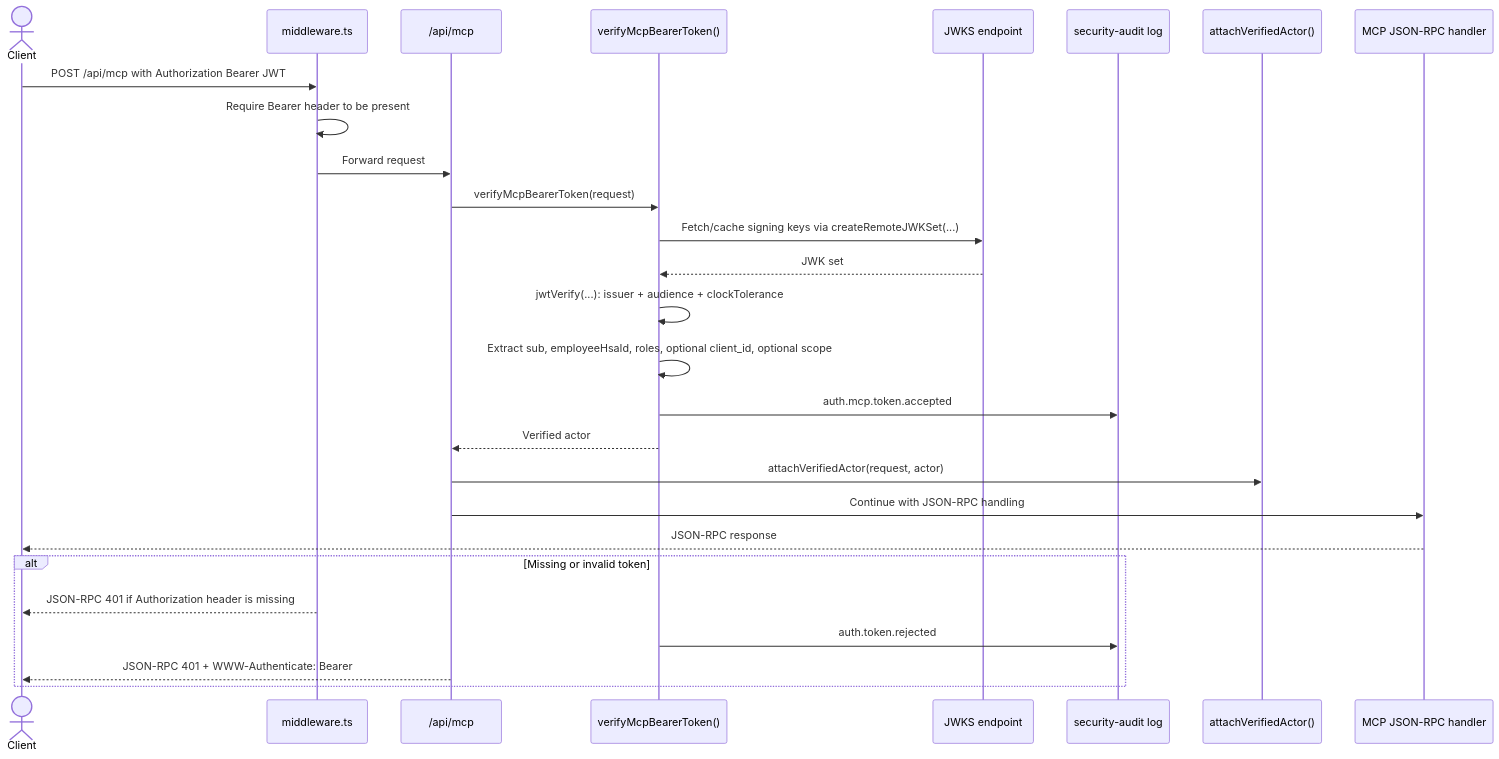
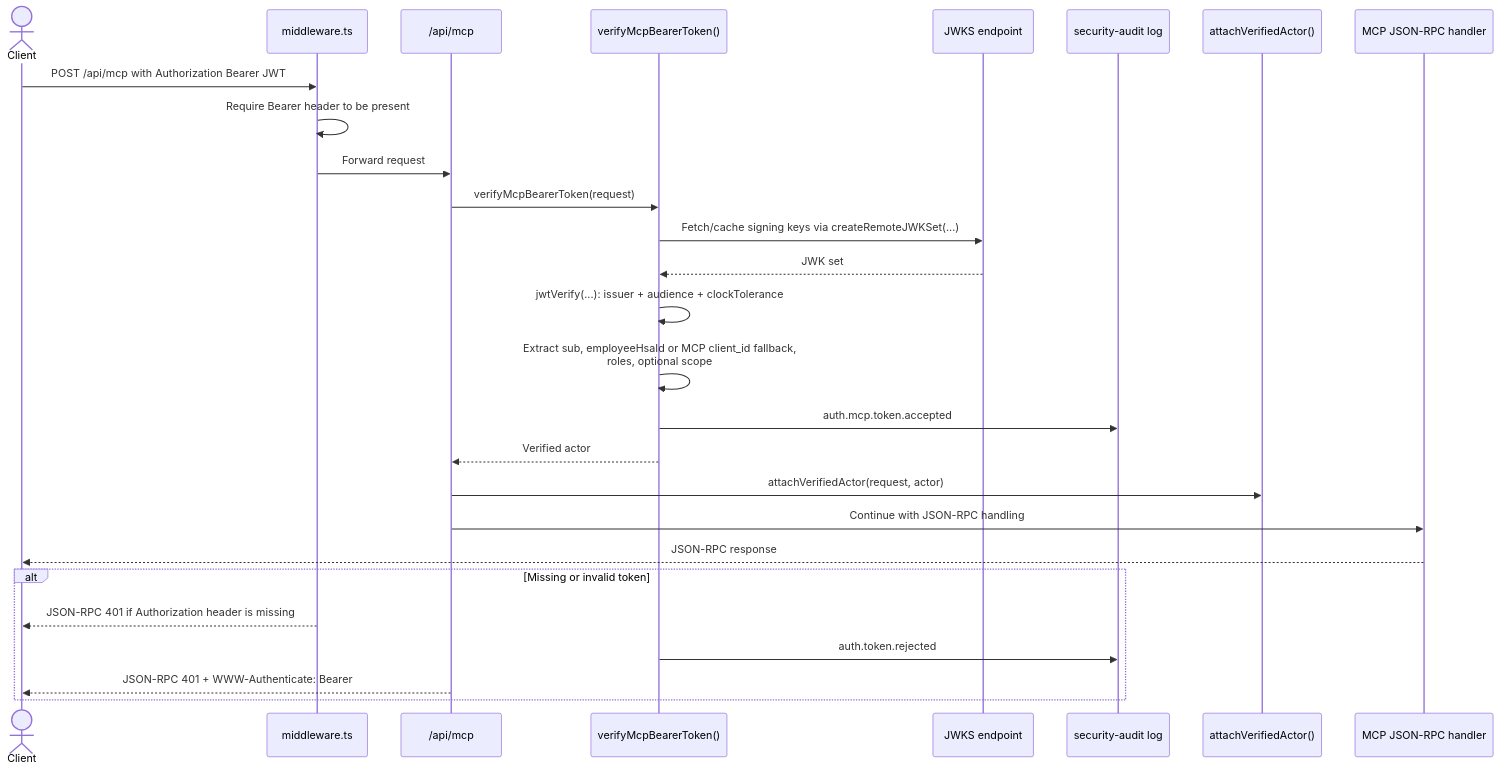
Before and after one commit to viscalyx/Kravhantering: the second of 3 diagrams in docs/auth-how-it-works.md, drawn with Mermaid. The commit also changed other lines of this file and 22 other files, not shown here.

````diff
--- a/docs/auth-how-it-works.md
+++ b/docs/auth-how-it-works.md
@@ -141,31 +141,31 @@
 ```mermaid
 sequenceDiagram
     actor Client
     participant Middleware as middleware.ts
     participant Route as /api/mcp
     participant Verify as verifyMcpBearerToken()
     participant JWKS as JWKS endpoint
     participant Audit as security-audit log
     participant Attach as attachVerifiedActor()
     participant Handler as MCP JSON-RPC handler
 
     Client->>Middleware: POST /api/mcp with Authorization Bearer JWT
     Middleware->>Middleware: Require Bearer header to be present
     Middleware->>Route: Forward request
     Route->>Verify: verifyMcpBearerToken(request)
     Verify->>JWKS: Fetch/cache signing keys via createRemoteJWKSet(...)
     JWKS-->>Verify: JWK set
     Verify->>Verify: jwtVerify(...): issuer + audience + clockTolerance
-    Verify->>Verify: Extract sub, employeeHsaId, roles, optional client_id, optional scope
+    Verify->>Verify: Extract sub, employeeHsaId or MCP client_id fallback,<br/>roles, optional scope
     Verify->>Audit: auth.mcp.token.accepted
     Verify-->>Route: Verified actor
     Route->>Attach: attachVerifiedActor(request, actor)
     Route->>Handler: Continue with JSON-RPC handling
     Handler-->>Client: JSON-RPC response
 
     alt Missing or invalid token
         Middleware-->>Client: JSON-RPC 401 if Authorization header is missing
         Verify->>Audit: auth.token.rejected
         Route-->>Client: JSON-RPC 401 + WWW-Authenticate: Bearer
     end
 ```
````
